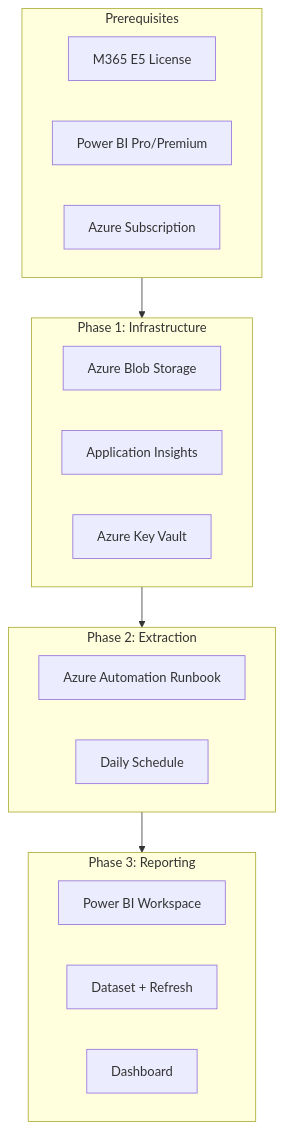
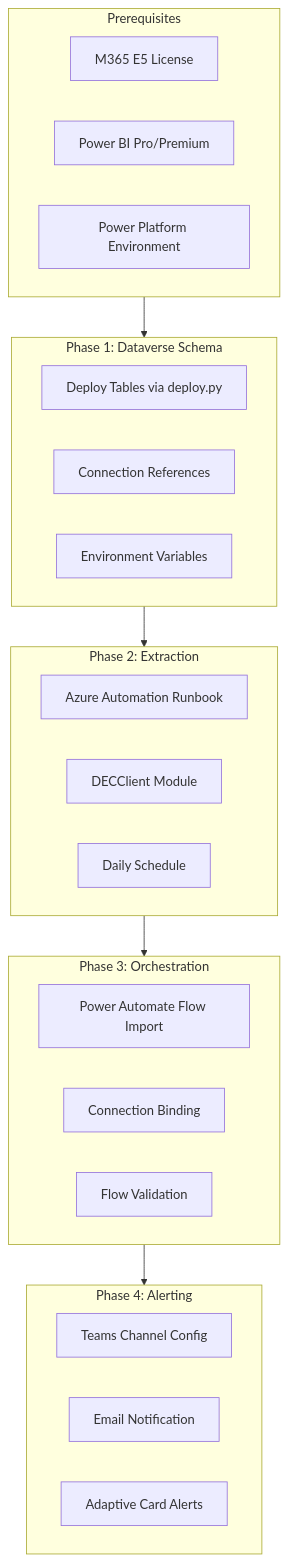
The diagram in docs/playbooks/advanced-implementations/deny-event-correlation-report/deployment-guide.md (judeper/FSI-AgentGov), drawn with Mermaid before and after one commit. The commit also changed other lines of this file and 1 other file, not shown here.

Commit message:
docs(dec): rewrite deployment guide for v2.0 4-phase architecture and update Power BI playbook to Dataverse (RTF-08, RTF-09)

````diff
--- a/docs/playbooks/advanced-implementations/deny-event-correlation-report/deployment-guide.md
+++ b/docs/playbooks/advanced-implementations/deny-event-correlation-report/deployment-guide.md
@@ -15,29 +15,37 @@
 ```mermaid
 flowchart TB
     subgraph Prerequisites
         M365[M365 E5 License]
         PBI[Power BI Pro/Premium]
-        AZURE[Azure Subscription]
+        PP[Power Platform Environment]
     end
 
-    subgraph Phase1[Phase 1: Infrastructure]
-        STORAGE[Azure Blob Storage]
-        APPINS[Application Insights]
-        KEYVAULT[Azure Key Vault]
+    subgraph Phase1[Phase 1: Dataverse Schema]
+        SCHEMA[Deploy Tables via deploy.py]
+        CONNREF[Connection References]
+        ENVVAR[Environment Variables]
     end
 
     subgraph Phase2[Phase 2: Extraction]
         RUNBOOK[Azure Automation Runbook]
+        DECCLIENT[DECClient Module]
         SCHEDULE[Daily Schedule]
     end
 
-    subgraph Phase3[Phase 3: Reporting]
-        PBIWS[Power BI Workspace]
-        DATASET[Dataset + Refresh]
-        REPORT[Dashboard]
+    subgraph Phase3[Phase 3: Orchestration]
+        FLOW[Power Automate Flow Import]
+        FLOWCFG[Connection Binding]
+        FLOWTEST[Flow Validation]
+    end
+
+    subgraph Phase4[Phase 4: Alerting]
+        TEAMS[Teams Channel Config]
+        EMAIL[Email Notification]
+        ADAPTIVE[Adaptive Card Alerts]
     end
 
     Prerequisites --> Phase1
     Phase1 --> Phase2
     Phase2 --> Phase3
+    Phase3 --> Phase4
 ```
````
